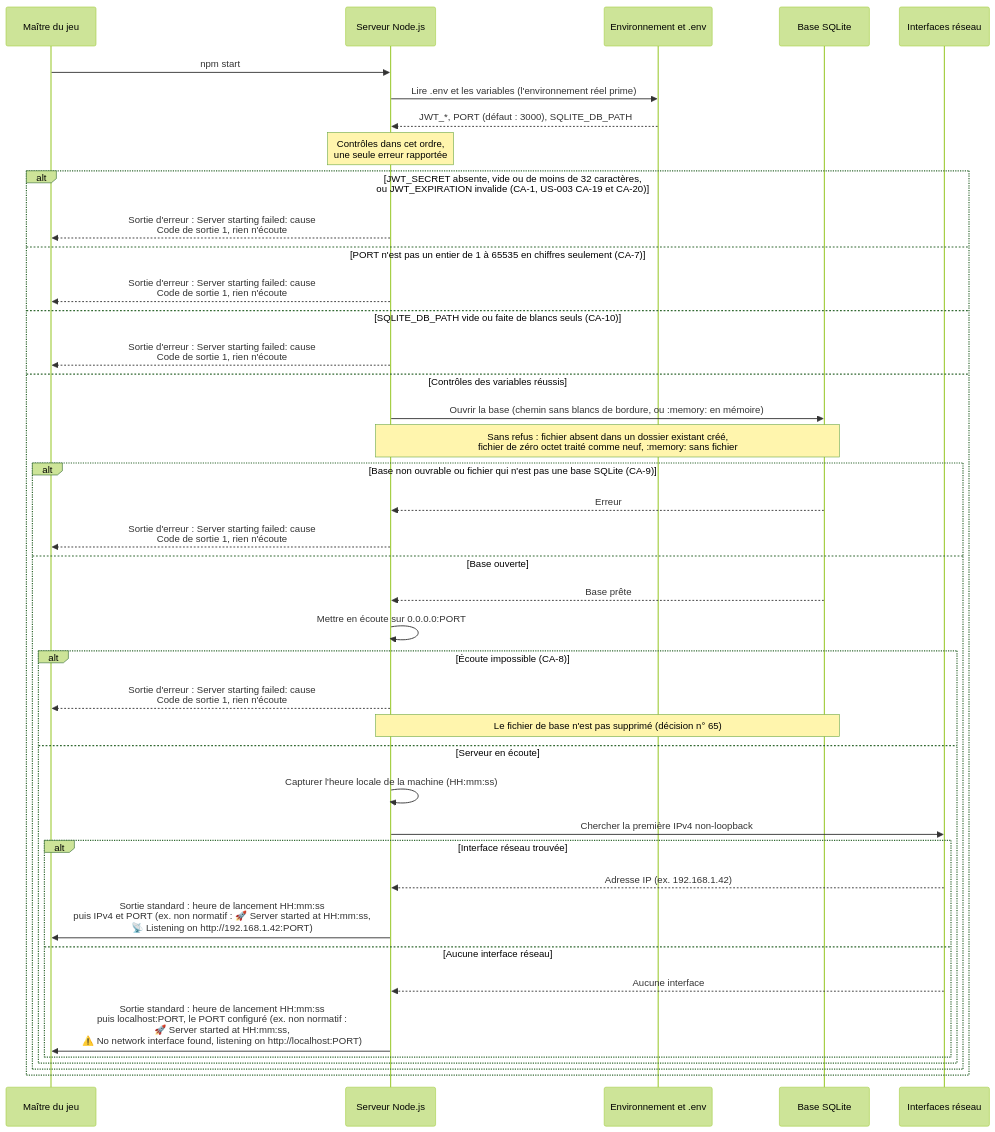
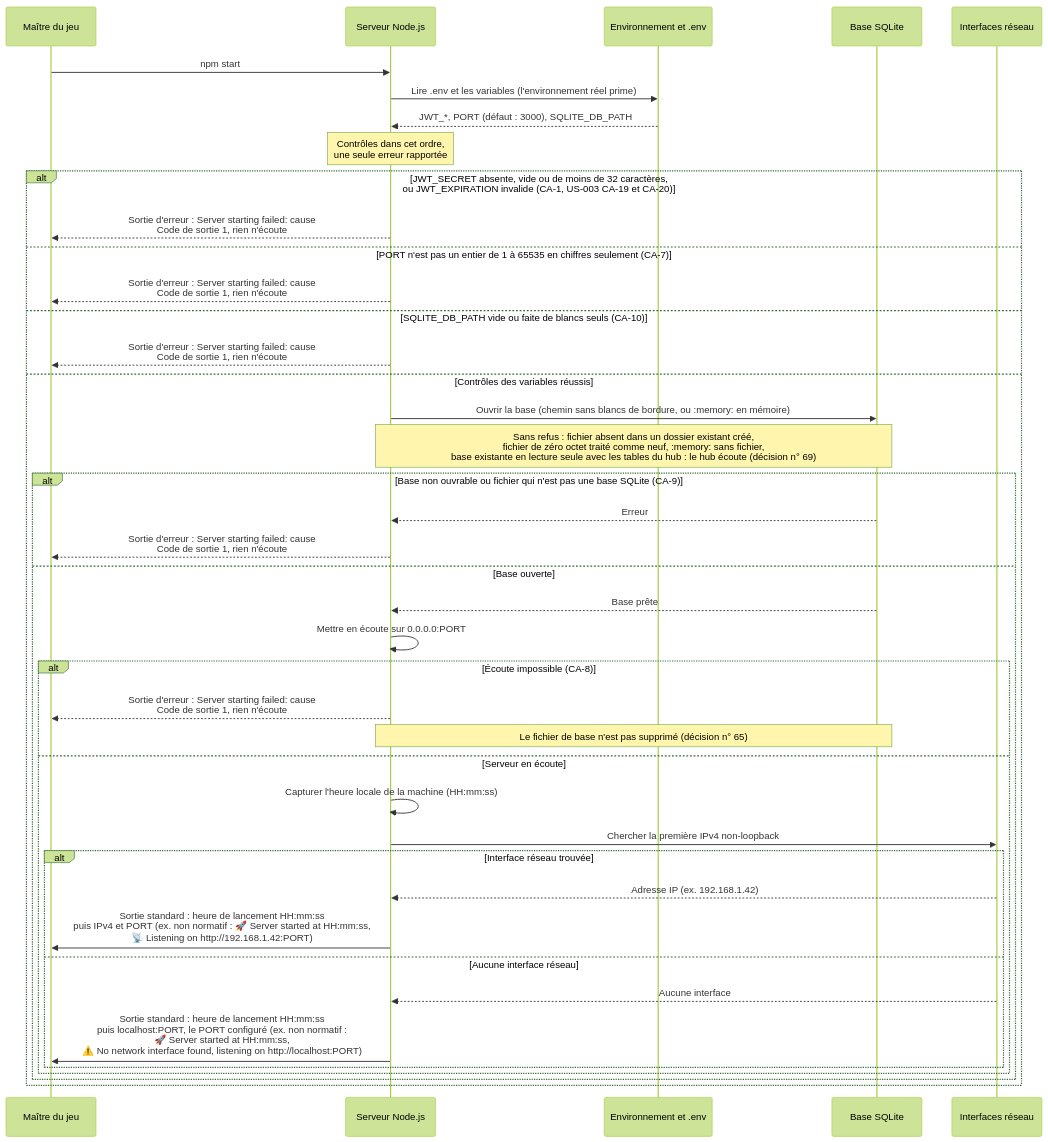
One commit to ODehel/quiz-live-server changed the diagram in docs/specs/diagrams/US-001-server-startup-sequence.mmd. Above: the diagram before and after it, drawn with Mermaid. The commit also changed 8 other files, not shown here.

```diff
--- a/docs/specs/diagrams/US-001-server-startup-sequence.mmd
+++ b/docs/specs/diagrams/US-001-server-startup-sequence.mmd
@@ -1,45 +1,45 @@
 %%{init: {"theme": "forest"}}%%
 sequenceDiagram
     participant U as Maître du jeu
     participant S as Serveur Node.js
     participant ENV as Environnement et .env
     participant DB as Base SQLite
     participant NET as Interfaces réseau
 
     U->>S: npm start
     S->>ENV: Lire .env et les variables (l'environnement réel prime)
     ENV-->>S: JWT_*, PORT (défaut : 3000), SQLITE_DB_PATH
 
     Note over S: Contrôles dans cet ordre,<br/>une seule erreur rapportée
 
     alt JWT_SECRET absente, vide ou de moins de 32 caractères,<br/>ou JWT_EXPIRATION invalide (CA-1, US-003 CA-19 et CA-20)
         S-->>U: Sortie d'erreur : Server starting failed: cause<br/>Code de sortie 1, rien n'écoute
     else PORT n'est pas un entier de 1 à 65535 en chiffres seulement (CA-7)
         S-->>U: Sortie d'erreur : Server starting failed: cause<br/>Code de sortie 1, rien n'écoute
     else SQLITE_DB_PATH vide ou faite de blancs seuls (CA-10)
         S-->>U: Sortie d'erreur : Server starting failed: cause<br/>Code de sortie 1, rien n'écoute
     else Contrôles des variables réussis
         S->>DB: Ouvrir la base (chemin sans blancs de bordure, ou :memory: en mémoire)
-        Note over S,DB: Sans refus : fichier absent dans un dossier existant créé,<br/>fichier de zéro octet traité comme neuf, :memory: sans fichier
+        Note over S,DB: Sans refus : fichier absent dans un dossier existant créé,<br/>fichier de zéro octet traité comme neuf, :memory: sans fichier,<br/>base existante en lecture seule avec les tables du hub : le hub écoute (décision n° 69)
         alt Base non ouvrable ou fichier qui n'est pas une base SQLite (CA-9)
             DB-->>S: Erreur
             S-->>U: Sortie d'erreur : Server starting failed: cause<br/>Code de sortie 1, rien n'écoute
         else Base ouverte
             DB-->>S: Base prête
             S->>S: Mettre en écoute sur 0.0.0.0:PORT
             alt Écoute impossible (CA-8)
                 S-->>U: Sortie d'erreur : Server starting failed: cause<br/>Code de sortie 1, rien n'écoute
                 Note over S,DB: Le fichier de base n'est pas supprimé (décision n° 65)
             else Serveur en écoute
                 S->>S: Capturer l'heure locale de la machine (HH:mm:ss)
                 S->>NET: Chercher la première IPv4 non-loopback
                 alt Interface réseau trouvée
                     NET-->>S: Adresse IP (ex. 192.168.1.42)
                     S->>U: Sortie standard : heure de lancement HH:mm:ss<br/>puis IPv4 et PORT (ex. non normatif : 🚀 Server started at HH:mm:ss,<br/>📡 Listening on http://192.168.1.42:PORT)
                 else Aucune interface réseau
                     NET-->>S: Aucune interface
                     S->>U: Sortie standard : heure de lancement HH:mm:ss<br/>puis localhost:PORT, le PORT configuré (ex. non normatif :<br/>🚀 Server started at HH:mm:ss,<br/>⚠️ No network interface found, listening on http://localhost:PORT)
                 end
             end
         end
     end
```
